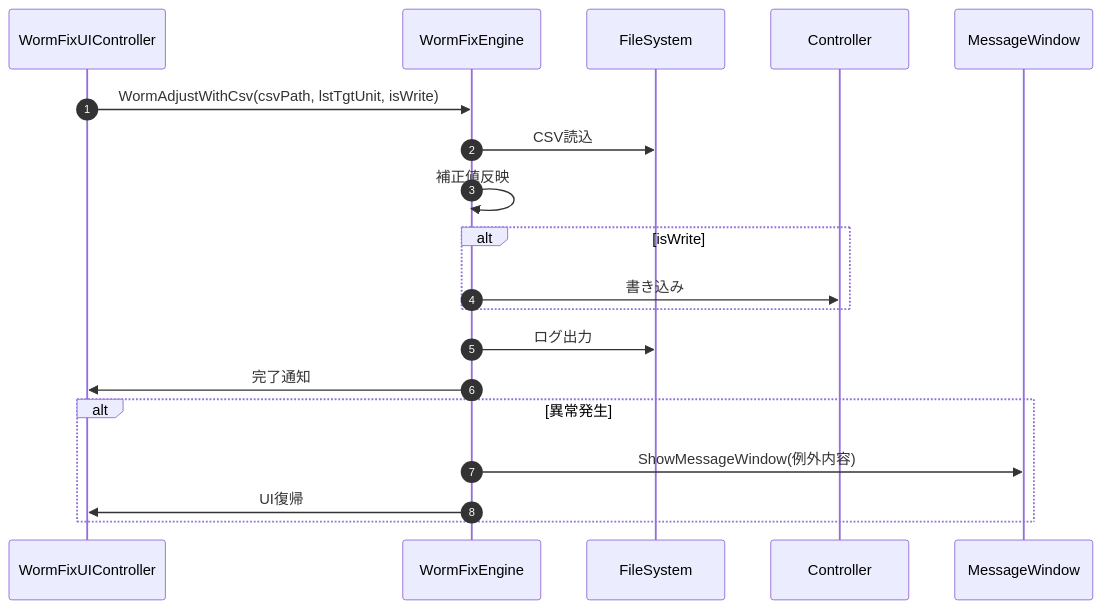
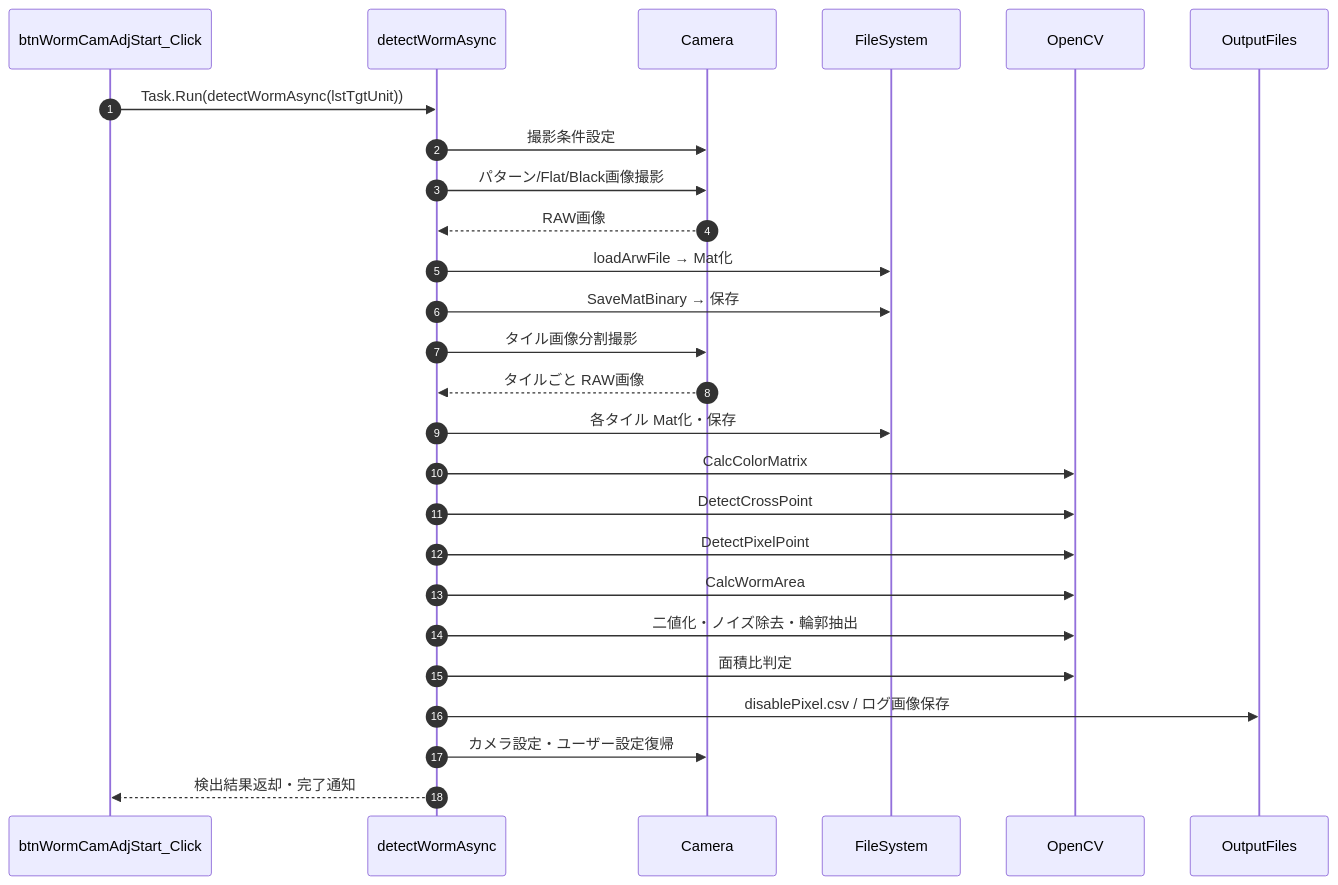
The second of 2 diagrams in docs/02-03.WormFix/WormFix_詳細設計書/08_メソッド仕様/08-2_業務処理メソッド.md (HottaTakayuki/ColorAlignmentSoftware), drawn with Mermaid before and after one commit. The commit also changed other lines of this file and 46 other files, not shown here.

````diff
--- a/docs/02-03.WormFix/WormFix_詳細設計書/08_メソッド仕様/08-2_業務処理メソッド.md
+++ b/docs/02-03.WormFix/WormFix_詳細設計書/08_メソッド仕様/08-2_業務処理メソッド.md
@@ -192,21 +196,29 @@
 ```mermaid
 sequenceDiagram
-    autonumber
-    participant UI as WormFixUIController
-    participant ENG as WormFixEngine
-    participant FS as FileSystem
-    participant CTRL as Controller
-    participant MSG as MessageWindow
-    UI->>ENG: WormAdjustWithCsv(csvPath, lstTgtUnit, isWrite)
-    ENG->>FS: CSV読込
-    ENG->>ENG: 補正値反映
-    alt isWrite
-        ENG->>CTRL: 書き込み
-    end
-    ENG->>FS: ログ出力
-    ENG->>UI: 完了通知
-    alt 異常発生
-        ENG->>MSG: ShowMessageWindow(例外内容)
-        ENG->>UI: UI復帰
-    end
+	autonumber
+	participant UI as btnWormCamAdjStart_Click
+	participant DET as detectWormAsync
+	participant CAM as Camera
+	participant FS as FileSystem
+	participant CV as OpenCV
+	participant OUT as OutputFiles
+
+	UI->>DET: Task.Run(detectWormAsync(lstTgtUnit))
+	DET->>CAM: 撮影条件設定
+	DET->>CAM: パターン/Flat/Black画像撮影
+	CAM-->>DET: RAW画像
+	DET->>FS: loadArwFile → Mat化
+	DET->>FS: SaveMatBinary → 保存
+	DET->>CAM: タイル画像分割撮影
+	CAM-->>DET: タイルごと RAW画像
+	DET->>FS: 各タイル Mat化・保存
+	DET->>CV: CalcColorMatrix
+	DET->>CV: DetectCrossPoint
+	DET->>CV: DetectPixelPoint
+	DET->>CV: CalcWormArea
+	DET->>CV: 二値化・ノイズ除去・輪郭抽出
+	DET->>CV: 面積比判定
+	DET->>OUT: disablePixel.csv / ログ画像保存
+	DET->>CAM: カメラ設定・ユーザー設定復帰
+	DET-->>UI: 検出結果返却・完了通知
 ```
````
